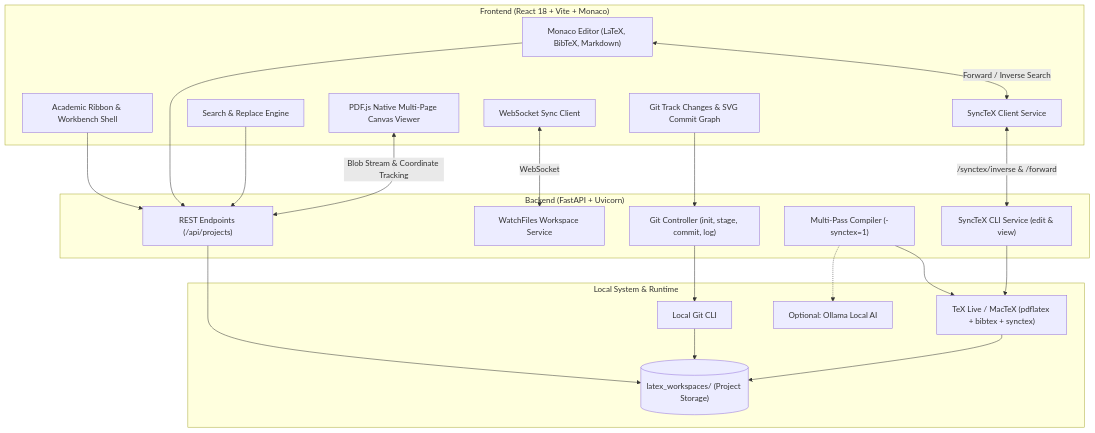
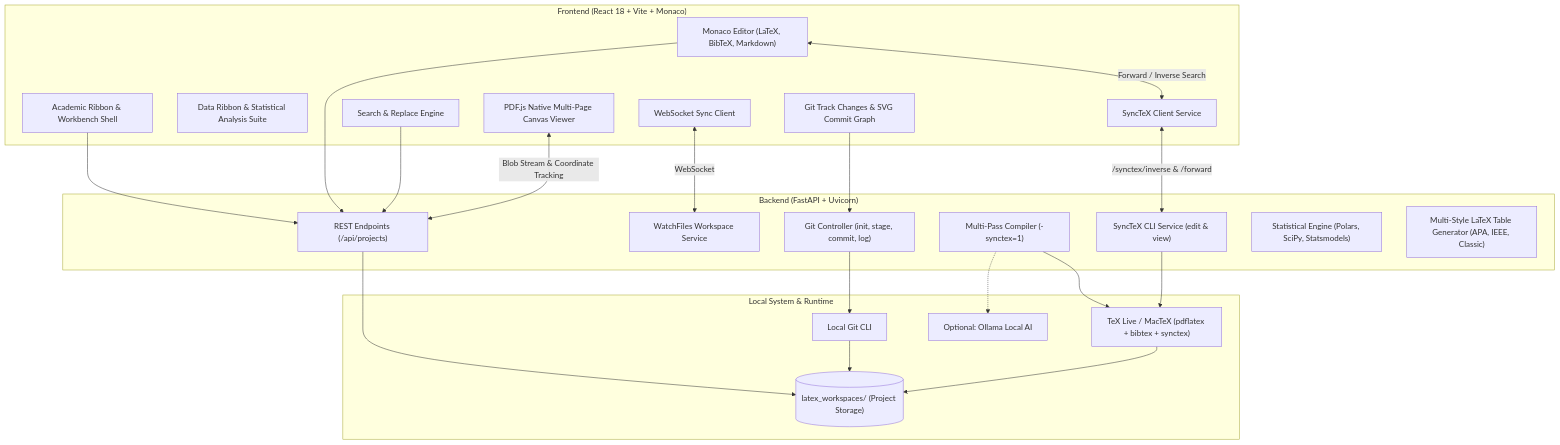
Before and after one commit to aditlab-code/AegisResearch: the diagram in README.md, drawn with Mermaid. The commit also changed other lines of this file and 151 other files, not shown here.

````diff
--- a/README.md
+++ b/README.md
@@ -35,44 +36,47 @@
 ```mermaid
 graph TD
     subgraph Client ["Frontend (React 18 + Vite + Monaco)"]
         UI["Academic Ribbon & Workbench Shell"]
+        DataRibbon["Data Ribbon & Statistical Analysis Suite"]
         Monaco["Monaco Editor (LaTeX, BibTeX, Markdown)"]
         PDF["PDF.js Native Multi-Page Canvas Viewer"]
         GitPanel["Git Track Changes & SVG Commit Graph"]
         SearchPanel["Search & Replace Engine"]
         SyncClient["SyncTeX Client Service"]
         WSClient["WebSocket Sync Client"]
     end
 
     subgraph Server ["Backend (FastAPI + Uvicorn)"]
         API["REST Endpoints (/api/projects)"]
         Watcher["WatchFiles Workspace Service"]
         GitService["Git Controller (init, stage, commit, log)"]
         CompilerService["Multi-Pass Compiler (-synctex=1)"]
         SyncTeXService["SyncTeX CLI Service (edit & view)"]
+        StatsService["Statistical Engine (Polars, SciPy, Statsmodels)"]
+        TableGen["Multi-Style LaTeX Table Generator (APA, IEEE, Classic)"]
     end
 
     subgraph System ["Local System & Runtime"]
         Storage[("latex_workspaces/ (Project Storage)")]
         TexEngine["TeX Live / MacTeX (pdflatex + bibtex + synctex)"]
         GitCLI["Local Git CLI"]
         OllamaLLM["Optional: Ollama Local AI"]
     end
 
     UI --> API
     Monaco --> API
     Monaco <-->|Forward / Inverse Search| SyncClient
     SyncClient <-->|/synctex/inverse & /forward| SyncTeXService
     GitPanel --> GitService
     SearchPanel --> API
     WSClient <-->|WebSocket| Watcher
     
     API --> Storage
     GitService --> GitCLI
     GitCLI --> Storage
     CompilerService --> TexEngine
     SyncTeXService --> TexEngine
     TexEngine --> Storage
     PDF <-->|Blob Stream & Coordinate Tracking| API
     CompilerService -.-> OllamaLLM
 ```
````
